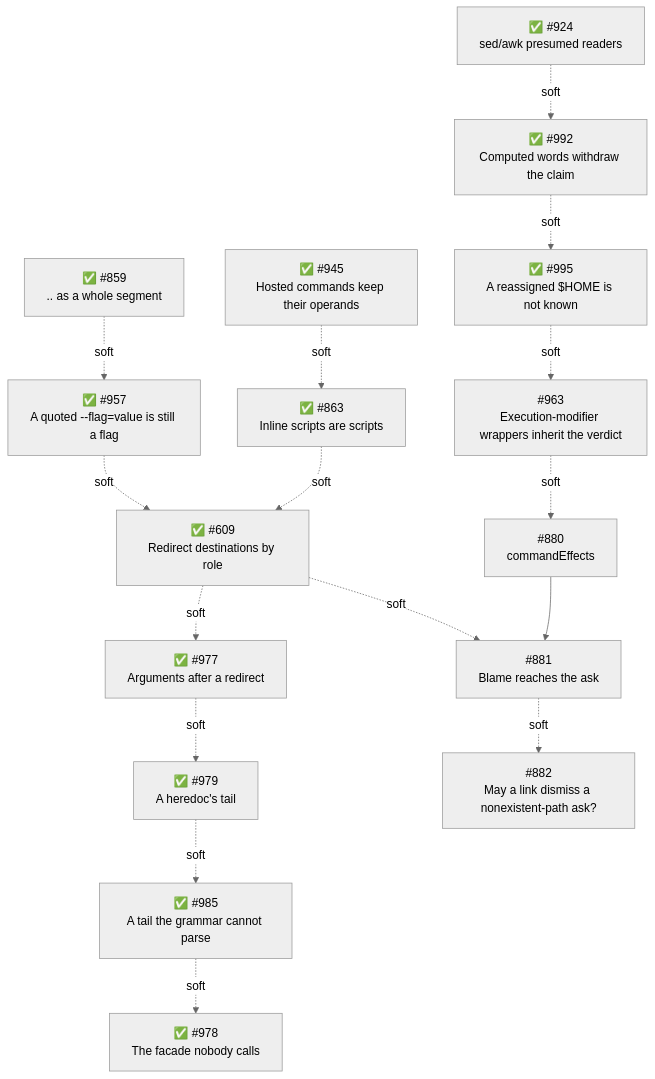
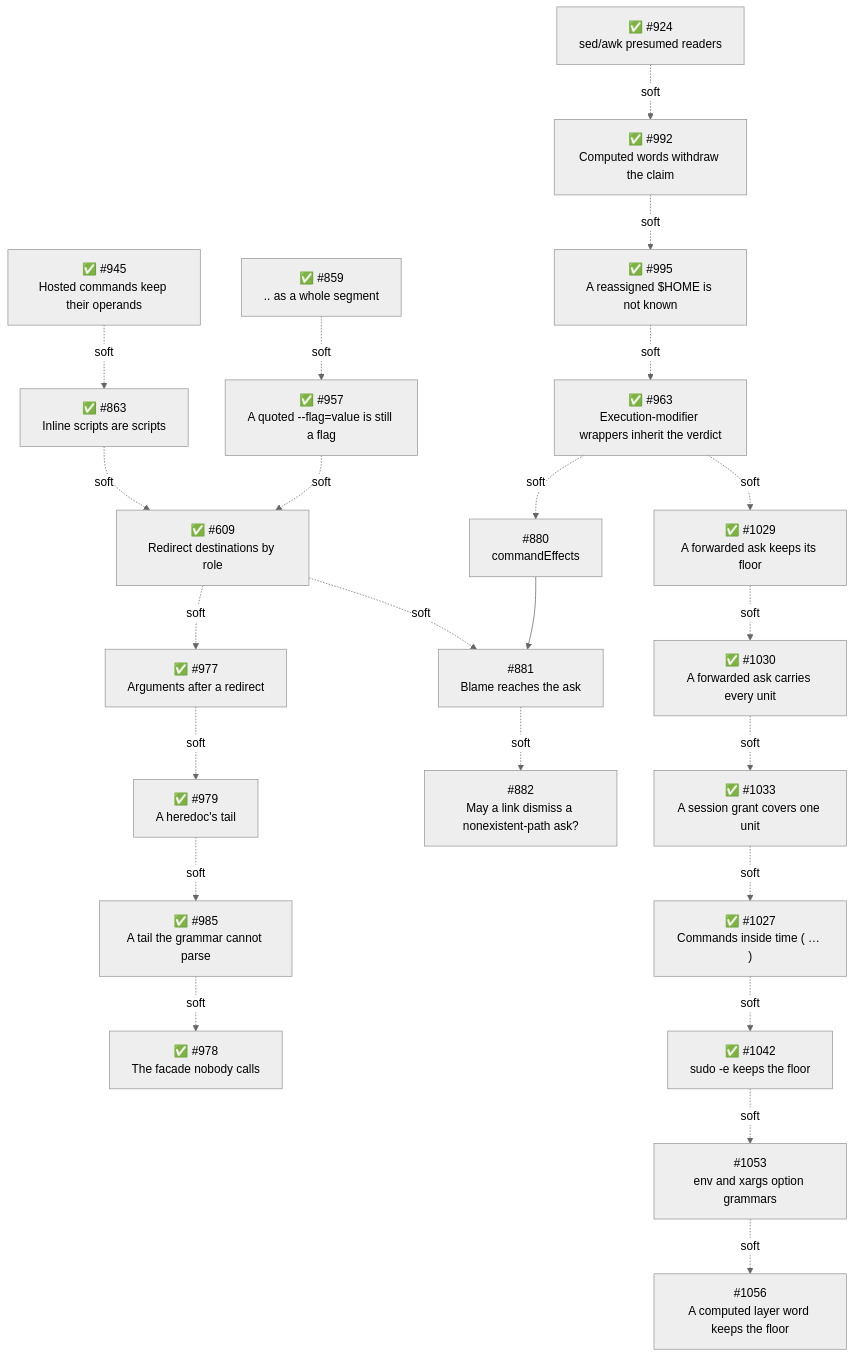
Before and after one commit to xzzpig/pi-extensions: the fourth of 4 diagrams in docs/architecture/architecture.md, drawn with Mermaid (neutral theme). The commit also changed other lines of this file and 126 other files, not shown here.

````diff
--- a/docs/architecture/architecture.md
+++ b/docs/architecture/architecture.md
@@ -1675,18 +1828,25 @@
 ```mermaid
 flowchart TD
     S945["✅ #945<br/>Hosted commands keep their operands"] -.soft.-> S863["✅ #863<br/>Inline scripts are scripts"]
     S863 -.soft.-> S609["✅ #609<br/>Redirect destinations by role"]
     S859["✅ #859<br/>.. as a whole segment"] -.soft.-> S957["✅ #957<br/>A quoted --flag=value is still a flag"]
     S957 -.soft.-> S609
     S924["✅ #924<br/>sed/awk presumed readers"] -.soft.-> S992["✅ #992<br/>Computed words withdraw the claim"]
     S992 -.soft.-> S995["✅ #995<br/>A reassigned $HOME is not known"]
-    S995 -.soft.-> S963["#963<br/>Execution-modifier wrappers inherit the verdict"]
+    S995 -.soft.-> S963["✅ #963<br/>Execution-modifier wrappers inherit the verdict"]
+    S963 -.soft.-> S1029["✅ #1029<br/>A forwarded ask keeps its floor"]
+    S1029 -.soft.-> S1030["✅ #1030<br/>A forwarded ask carries every unit"]
+    S1030 -.soft.-> S1033["✅ #1033<br/>A session grant covers one unit"]
+    S1033 -.soft.-> S1027["✅ #1027<br/>Commands inside time ( … )"]
+    S1027 -.soft.-> S1042["✅ #1042<br/>sudo -e keeps the floor"]
+    S1042 -.soft.-> S1053["#1053<br/>env and xargs option grammars"]
+    S1053 -.soft.-> S1056["#1056<br/>A computed layer word keeps the floor"]
     S963 -.soft.-> S880["#880<br/>commandEffects"]
     S880 --> S881["#881<br/>Blame reaches the ask"]
     S609 -.soft.-> S881
     S609 -.soft.-> S977["✅ #977<br/>Arguments after a redirect"]
     S977 -.soft.-> S979["✅ #979<br/>A heredoc's tail"]
     S979 -.soft.-> S985["✅ #985<br/>A tail the grammar cannot parse"]
     S985 -.soft.-> S978["✅ #978<br/>The facade nobody calls"]
     S881 -.soft.-> S882["#882<br/>May a link dismiss a nonexistent-path ask?"]
 ```
````
